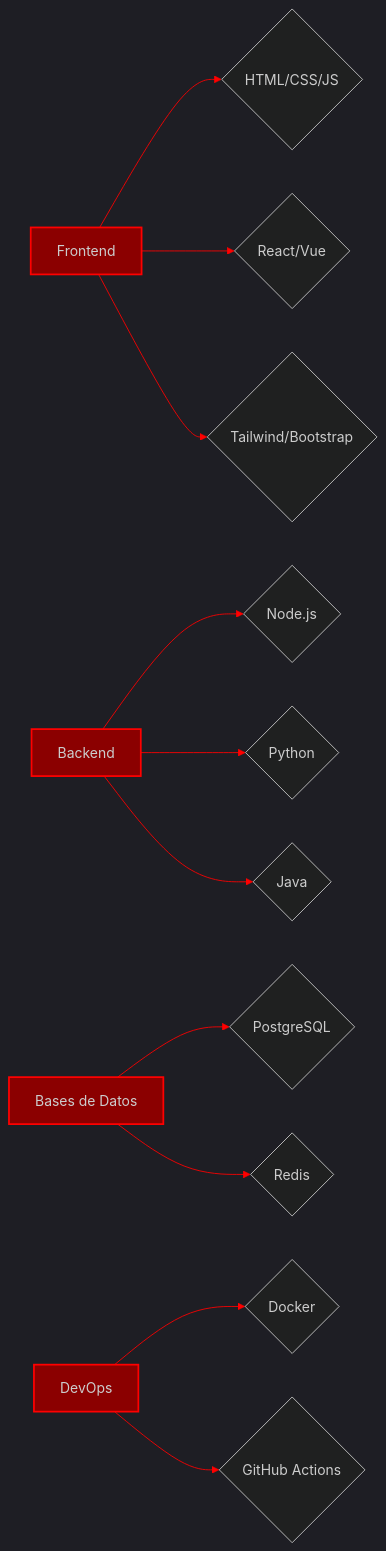
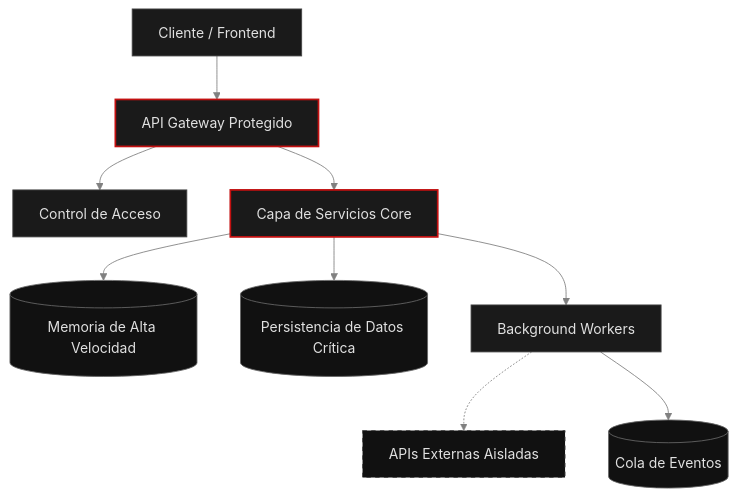
Before and after one commit to LuisAlfonso107/LuisAlfonso107: the diagram in README.md, drawn with Mermaid. The commit also changed other lines of this file, not shown here.

````diff
--- a/README.md
+++ b/README.md
@@ -74,22 +70,24 @@
 ```mermaid
-%%{init: {'theme': 'dark', 'themeVariables': { 'primaryColor': '#8b0000', 'primary TextColor': '#ff0000', 'primaryBorderColor': '#ff0000', 'lineColor': '#ff0000', 'secondaryColor': '#660000', 'tertiaryColor': '#330000'}}}%%
-graph LR
-    A[Frontend] --> B{HTML/CSS/JS}
-    A --> C{React/Vue}
-    A --> D{Tailwind/Bootstrap}
+%%{init: {'theme': 'base', 'themeVariables': { 'primaryColor': '#0a0a0a', 'primaryTextColor': '#e0e0e0', 'primaryBorderColor': '#c21010', 'lineColor': '#808080', 'secondaryColor': '#111', 'tertiaryColor': '#0d0d0d', 'fontFamily': 'Fira Code'}}}%%
+graph TD
+    Client[Cliente / Frontend] --> API[API Gateway Protegido]
+    API --> Auth[Control de Acceso]
+    API --> Logic[Capa de Servicios Core]
     
-    E[Backend] --> F{Node.js}
-    E --> G{Python}
-    E --> H{Java}
+    Logic --> Cache[(Memoria de Alta Velocidad)]
+    Logic --> DB[(Persistencia de Datos Crítica)]
+    Logic --> Worker[Background Workers]
     
-    I[Bases de Datos] --> J{PostgreSQL}
-    I --> K{Redis}
+    Worker -.-> External[APIs Externas Aisladas]
+    Worker --> Queue[(Cola de Eventos)]
     
-    L[DevOps] --> M{Docker}
-    L --> N{GitHub Actions}
-    
-    style A fill:#8b0000,stroke:#ff0000,stroke-width:2px
-    style E fill:#8b0000,stroke:#ff0000,stroke-width:2px
-    style I fill:#8b0000,stroke:#ff0000,stroke-width:2px
-    style L fill:#8b0000,stroke:#ff0000,stroke-width:2px
+    style Client fill:#1a1a1a,stroke:#444,stroke-width:1px
+    style API fill:#1a1a1a,stroke:#c21010,stroke-width:2px
+    style Auth fill:#1a1a1a,stroke:#444,stroke-width:1px
+    style Logic fill:#1a1a1a,stroke:#c21010,stroke-width:2px
+    style Cache fill:#111,stroke:#666,stroke-width:1px
+    style DB fill:#111,stroke:#666,stroke-width:1px
+    style Worker fill:#1a1a1a,stroke:#444,stroke-width:1px
+    style Queue fill:#111,stroke:#666,stroke-width:1px
+    style External fill:#111,stroke:#444,stroke-width:1px,stroke-dasharray: 5 5
 ```
````
